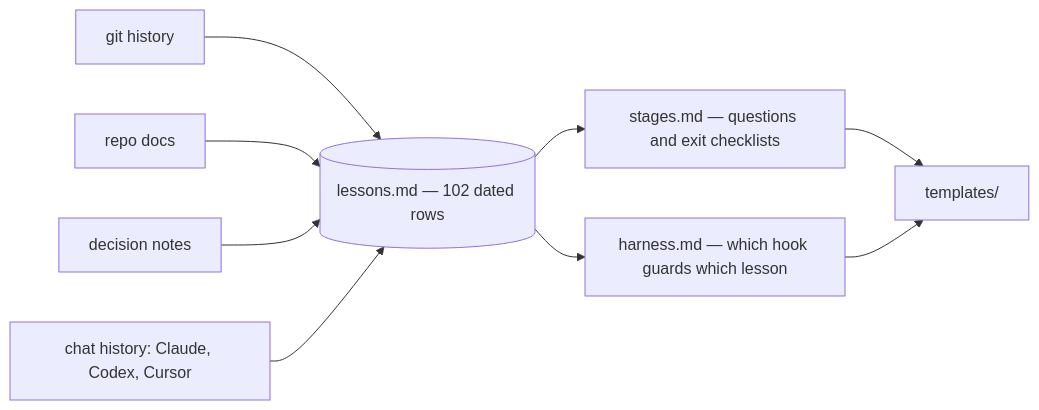
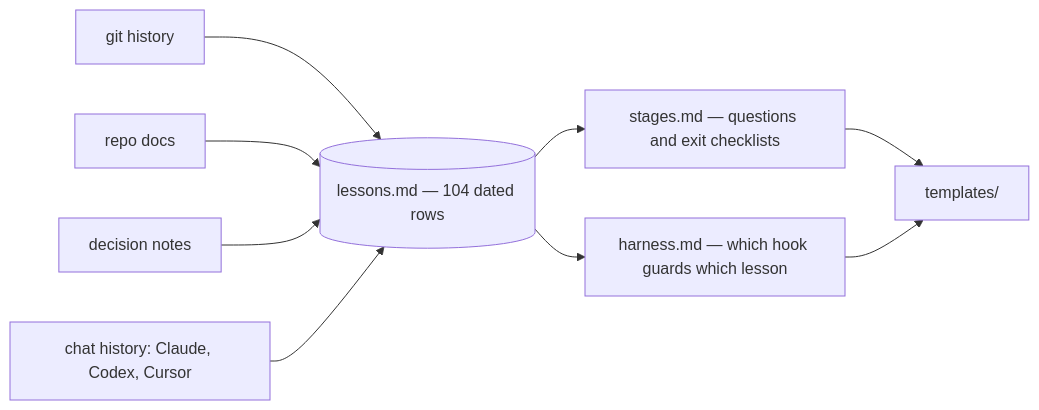
Before and after one commit to EranTzarum/project-kickoff: the second of 2 diagrams in README.md, drawn with Mermaid. The commit also changed other lines of this file and 16 other files, not shown here.

````diff
--- a/README.md
+++ b/README.md
@@ -232,11 +233,11 @@
 ```mermaid
 flowchart LR
     G["git history"] --> L
     D["repo docs"] --> L
     V["decision notes"] --> L
     C["chat history: Claude, Codex, Cursor"] --> L
-    L[("lessons.md — 102 dated rows")] --> S["stages.md — questions and exit checklists"]
+    L[("lessons.md — 104 dated rows")] --> S["stages.md — questions and exit checklists"]
     L --> H["harness.md — which hook guards which lesson"]
     S --> T["templates/"]
     H --> T
 ```
````
